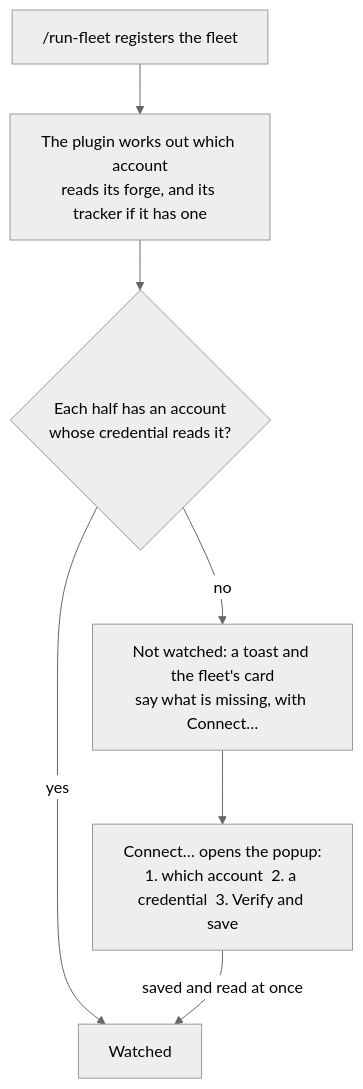
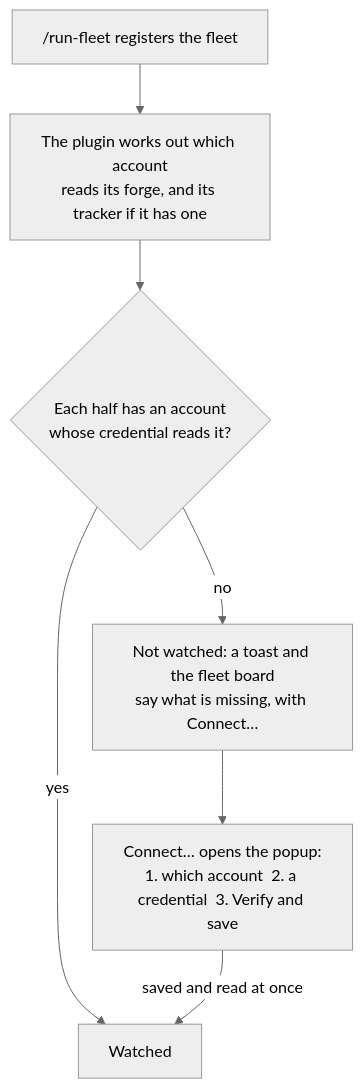
One commit to gperezmz/bb-plugins changed the diagram in docs/how-to/unattendish-connect-a-fleet.md. Above: the diagram before and after it, drawn with Mermaid (neutral theme). The commit also changed other lines of this file and 5 other files, not shown here.

First line of the commit message:
docs(unattendish-sdlc): describe the fleet board and queue

````diff
--- a/docs/how-to/unattendish-connect-a-fleet.md
+++ b/docs/how-to/unattendish-connect-a-fleet.md
@@ -5,9 +5,9 @@
 ```mermaid
 flowchart TB
   reg["/run-fleet registers the fleet"] --> who["The plugin works out which account<br/>reads its forge, and its tracker if it has one"]
   who --> ok{"Each half has an account<br/>whose credential reads it?"}
   ok -->|yes| watched["Watched"]
-  ok -->|no| not["Not watched: a toast and the fleet's card<br/>say what is missing, with Connect…"]
+  ok -->|no| not["Not watched: a toast and the fleet board<br/>say what is missing, with Connect…"]
   not --> connect["Connect… opens the popup:<br/>1. which account  2. a credential  3. Verify and save"]
   connect -->|saved and read at once| watched
 ```
````
